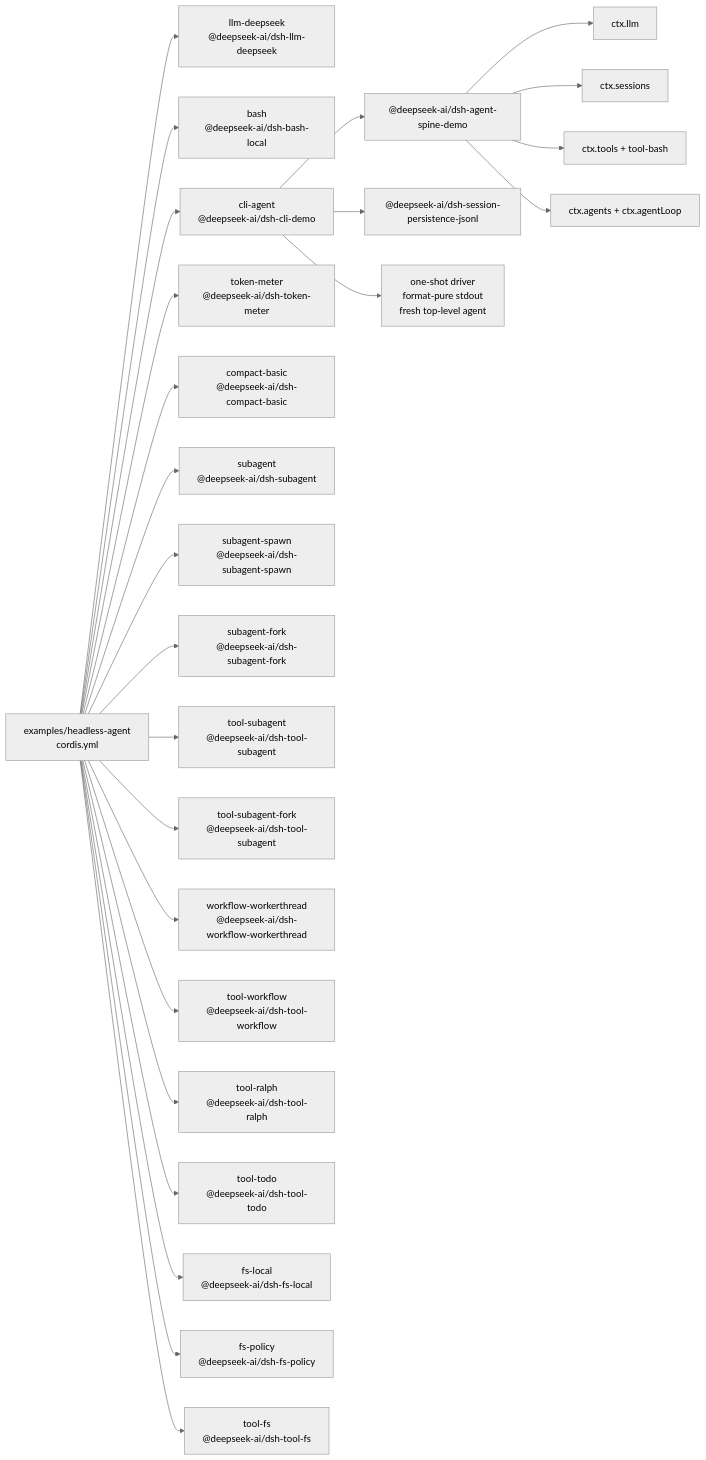
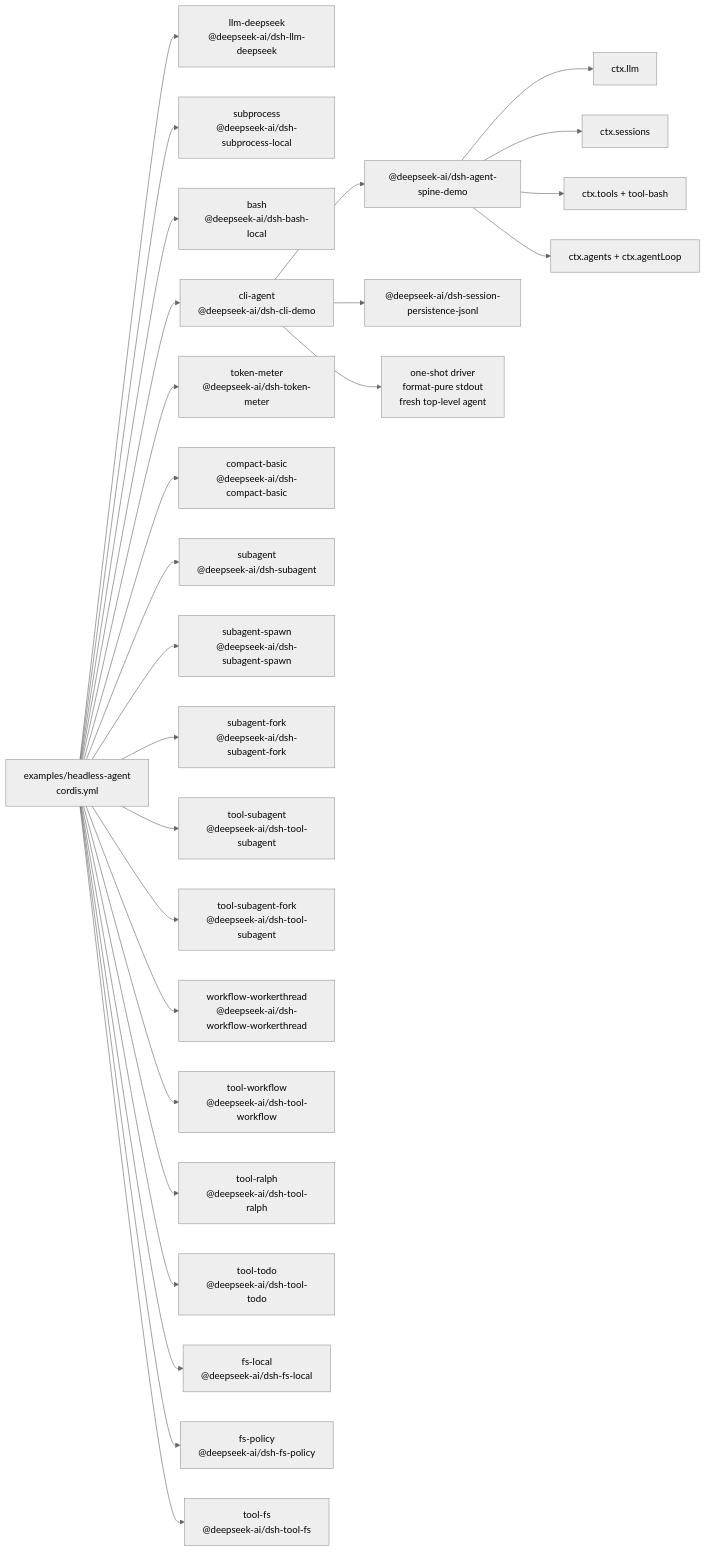
One commit to eru123/coco-harness changed the diagram in examples/headless-agent/composition.md. Above: the diagram before and after it, drawn with Mermaid (neutral theme). The commit also changed other lines of this file and 184 other files, not shown here.

````diff
--- a/examples/headless-agent/composition.md
+++ b/examples/headless-agent/composition.md
@@ -8,45 +8,47 @@
 ```mermaid
 flowchart LR
   cfg["examples/headless-agent<br/>cordis.yml"]
   plugin_headless_llm_deepseek["llm-deepseek<br/>@deepseek-ai/dsh-llm-deepseek"]
   cfg --> plugin_headless_llm_deepseek
+  plugin_headless_subprocess["subprocess<br/>@deepseek-ai/dsh-subprocess-local"]
+  cfg --> plugin_headless_subprocess
   plugin_headless_bash["bash<br/>@deepseek-ai/dsh-bash-local"]
   cfg --> plugin_headless_bash
   plugin_headless_cli_agent["cli-agent<br/>@deepseek-ai/dsh-cli-demo"]
   cfg --> plugin_headless_cli_agent
   plugin_headless_cli_agent --> bundle_agent_core["@deepseek-ai/dsh-agent-spine-demo"]
   plugin_headless_cli_agent --> bundle_jsonl["@deepseek-ai/dsh-session-persistence-jsonl"]
   plugin_headless_cli_agent --> frontdoor_cli["one-shot driver<br/>format-pure stdout<br/>fresh top-level agent"]
   bundle_agent_core --> spine_llm["ctx.llm"]
   bundle_agent_core --> spine_sessions["ctx.sessions"]
   bundle_agent_core --> spine_tools["ctx.tools + tool-bash"]
   bundle_agent_core --> spine_loop["ctx.agents + ctx.agentLoop"]
   plugin_headless_token_meter["token-meter<br/>@deepseek-ai/dsh-token-meter"]
   cfg --> plugin_headless_token_meter
   plugin_headless_compact_basic["compact-basic<br/>@deepseek-ai/dsh-compact-basic"]
   cfg --> plugin_headless_compact_basic
   plugin_headless_subagent["subagent<br/>@deepseek-ai/dsh-subagent"]
   cfg --> plugin_headless_subagent
   plugin_headless_subagent_spawn["subagent-spawn<br/>@deepseek-ai/dsh-subagent-spawn"]
   cfg --> plugin_headless_subagent_spawn
   plugin_headless_subagent_fork["subagent-fork<br/>@deepseek-ai/dsh-subagent-fork"]
   cfg --> plugin_headless_subagent_fork
   plugin_headless_tool_subagent["tool-subagent<br/>@deepseek-ai/dsh-tool-subagent"]
   cfg --> plugin_headless_tool_subagent
   plugin_headless_tool_subagent_fork["tool-subagent-fork<br/>@deepseek-ai/dsh-tool-subagent"]
   cfg --> plugin_headless_tool_subagent_fork
   plugin_headless_workflow_workerthread["workflow-workerthread<br/>@deepseek-ai/dsh-workflow-workerthread"]
   cfg --> plugin_headless_workflow_workerthread
   plugin_headless_tool_workflow["tool-workflow<br/>@deepseek-ai/dsh-tool-workflow"]
   cfg --> plugin_headless_tool_workflow
   plugin_headless_tool_ralph["tool-ralph<br/>@deepseek-ai/dsh-tool-ralph"]
   cfg --> plugin_headless_tool_ralph
   plugin_headless_tool_todo["tool-todo<br/>@deepseek-ai/dsh-tool-todo"]
   cfg --> plugin_headless_tool_todo
   plugin_headless_fs_local["fs-local<br/>@deepseek-ai/dsh-fs-local"]
   cfg --> plugin_headless_fs_local
   plugin_headless_fs_policy["fs-policy<br/>@deepseek-ai/dsh-fs-policy"]
   cfg --> plugin_headless_fs_policy
   plugin_headless_tool_fs["tool-fs<br/>@deepseek-ai/dsh-tool-fs"]
   cfg --> plugin_headless_tool_fs
 ```
````
